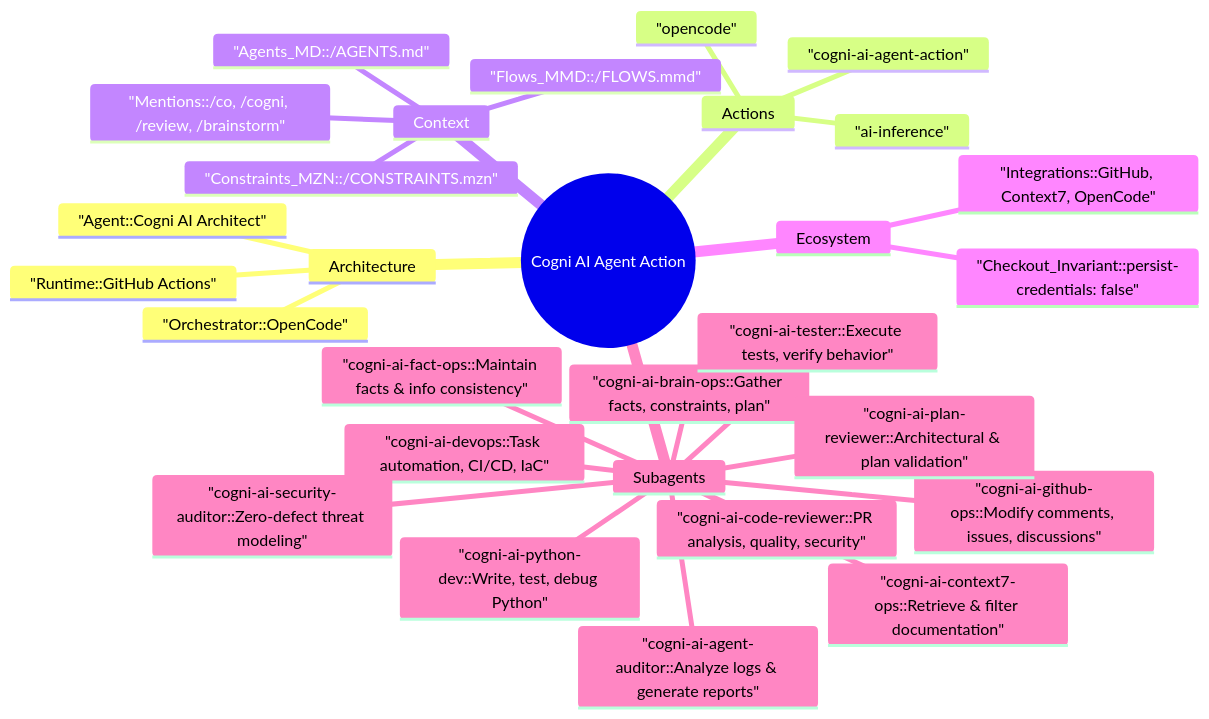
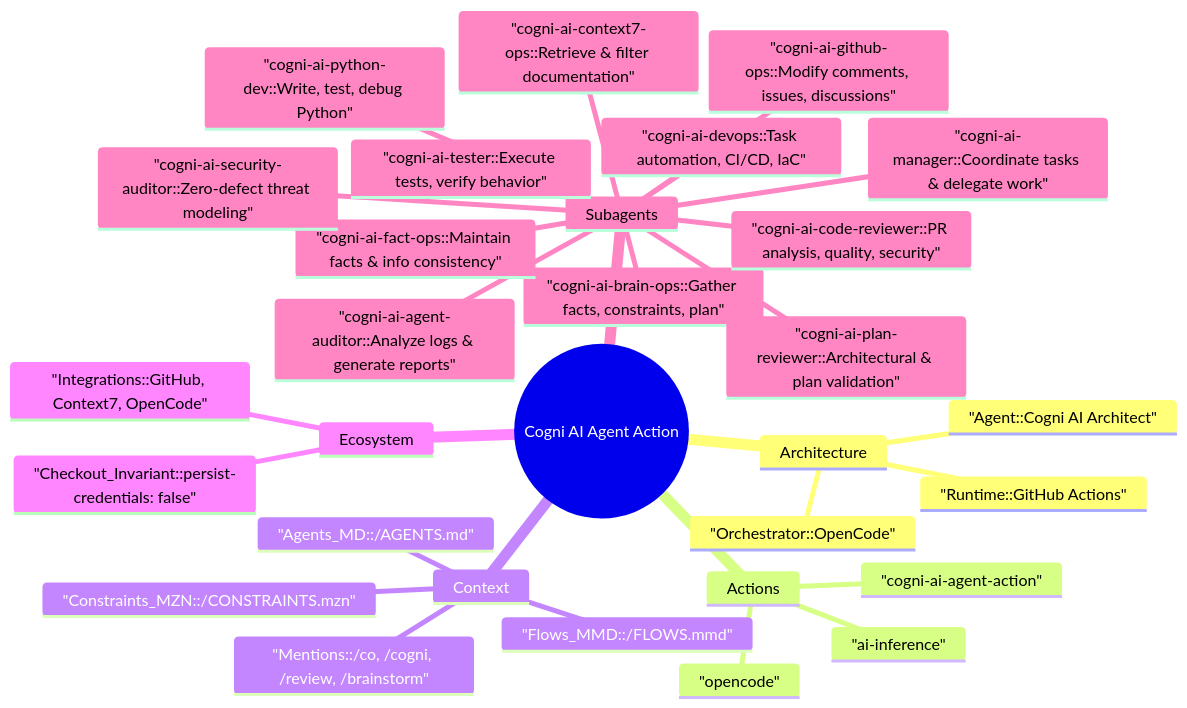
The diagram in FACTS.mmd (Cogni-AI-OU/cogni-ai-agent-action), drawn with Mermaid before and after one commit. The commit also changed 4 other files, not shown here.

Commit message:
Add cogni-ai-manager agent and refs.

```diff
--- a/FACTS.mmd
+++ b/FACTS.mmd
@@ -1,30 +1,31 @@
 mindmap
   root((Cogni AI Agent Action))
     Architecture
       "Agent::Cogni AI Architect"
       "Orchestrator::OpenCode"
       "Runtime::GitHub Actions"
     Actions
       "cogni-ai-agent-action"
       "ai-inference"
       "opencode"
     Context
       "Agents_MD::/AGENTS.md"
       "Constraints_MZN::/CONSTRAINTS.mzn"
       "Flows_MMD::/FLOWS.mmd"
       "Mentions::/co, /cogni, /review, /brainstorm"
     Ecosystem
       "Checkout_Invariant::persist-credentials: false"
       "Integrations::GitHub, Context7, OpenCode"
     Subagents
       "cogni-ai-agent-auditor::Analyze logs & generate reports"
       "cogni-ai-brain-ops::Gather facts, constraints, plan"
       "cogni-ai-code-reviewer::PR analysis, quality, security"
       "cogni-ai-context7-ops::Retrieve & filter documentation"
       "cogni-ai-devops::Task automation, CI/CD, IaC"
       "cogni-ai-fact-ops::Maintain facts & info consistency"
       "cogni-ai-github-ops::Modify comments, issues, discussions"
+      "cogni-ai-manager::Coordinate tasks & delegate work"
       "cogni-ai-plan-reviewer::Architectural & plan validation"
       "cogni-ai-python-dev::Write, test, debug Python"
       "cogni-ai-security-auditor::Zero-defect threat modeling"
       "cogni-ai-tester::Execute tests, verify behavior"
```
